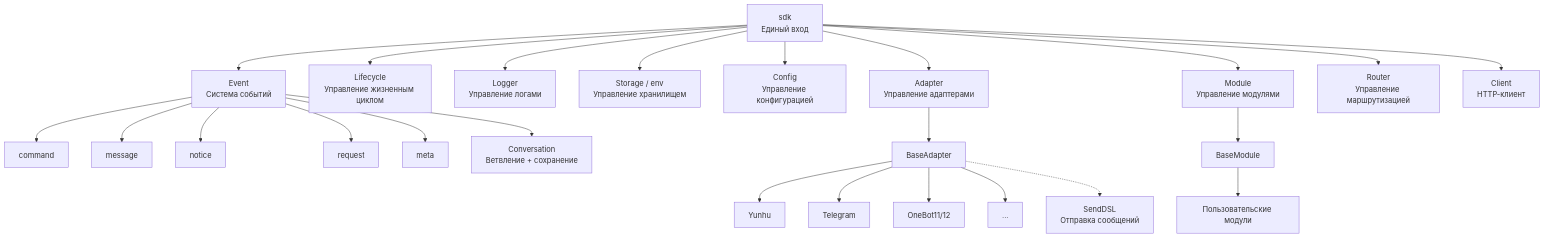
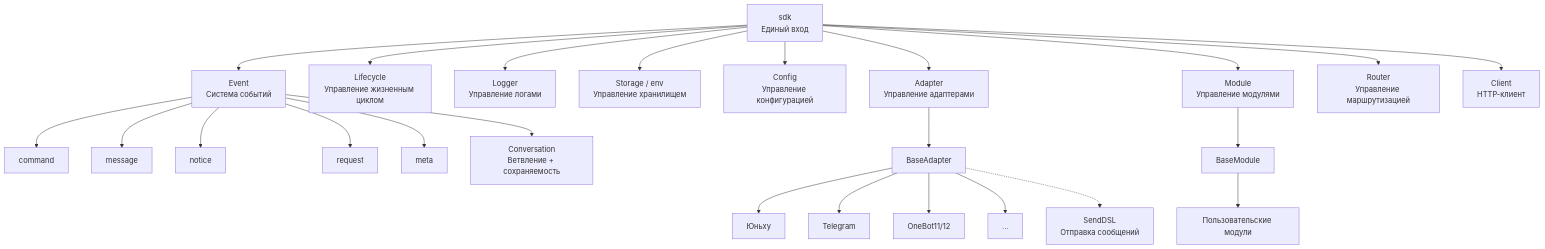
The first of 9 diagrams in docs/ru/architecture.md (ErisPulse/ErisPulse), drawn with Mermaid before and after one commit. The commit also changed other lines of this file and 299 other files, not shown here.

````diff
--- a/docs/ru/architecture.md
+++ b/docs/ru/architecture.md
@@ -12,31 +9,30 @@
 ```mermaid
 graph TB
     SDK["sdk<br/>Единый вход"]
-
     SDK --> Event["Event<br/>Система событий"]
     SDK --> Lifecycle["Lifecycle<br/>Управление жизненным циклом"]
     SDK --> Logger["Logger<br/>Управление логами"]
     SDK --> Storage["Storage / env<br/>Управление хранилищем"]
     SDK --> Config["Config<br/>Управление конфигурацией"]
     SDK --> AdapterMgr["Adapter<br/>Управление адаптерами"]
     SDK --> ModuleMgr["Module<br/>Управление модулями"]
     SDK --> Router["Router<br/>Управление маршрутизацией"]
     SDK --> Client["Client<br/>HTTP-клиент"]
     Event --> Command["command"]
     Event --> Message["message"]
     Event --> Notice["notice"]
     Event --> Request["request"]
     Event --> Meta["meta"]
-    Event --> Conversation["Conversation<br/>Ветвление + сохранение"]
+    Event --> Conversation["Conversation<br/>Ветвление + сохраняемость"]
 
     AdapterMgr --> BaseAdapter["BaseAdapter"]
-    BaseAdapter --> P1["Yunhu"]
+    BaseAdapter --> P1["Юньху"]
     BaseAdapter --> P2["Telegram"]
     BaseAdapter --> P3["OneBot11/12"]
     BaseAdapter --> PN["..."]
 
     ModuleMgr --> BaseModule["BaseModule"]
     BaseModule --> CM["Пользовательские модули"]
 
     BaseAdapter -.-> SendDSL["SendDSL<br/>Отправка сообщений"]
 ```
````
